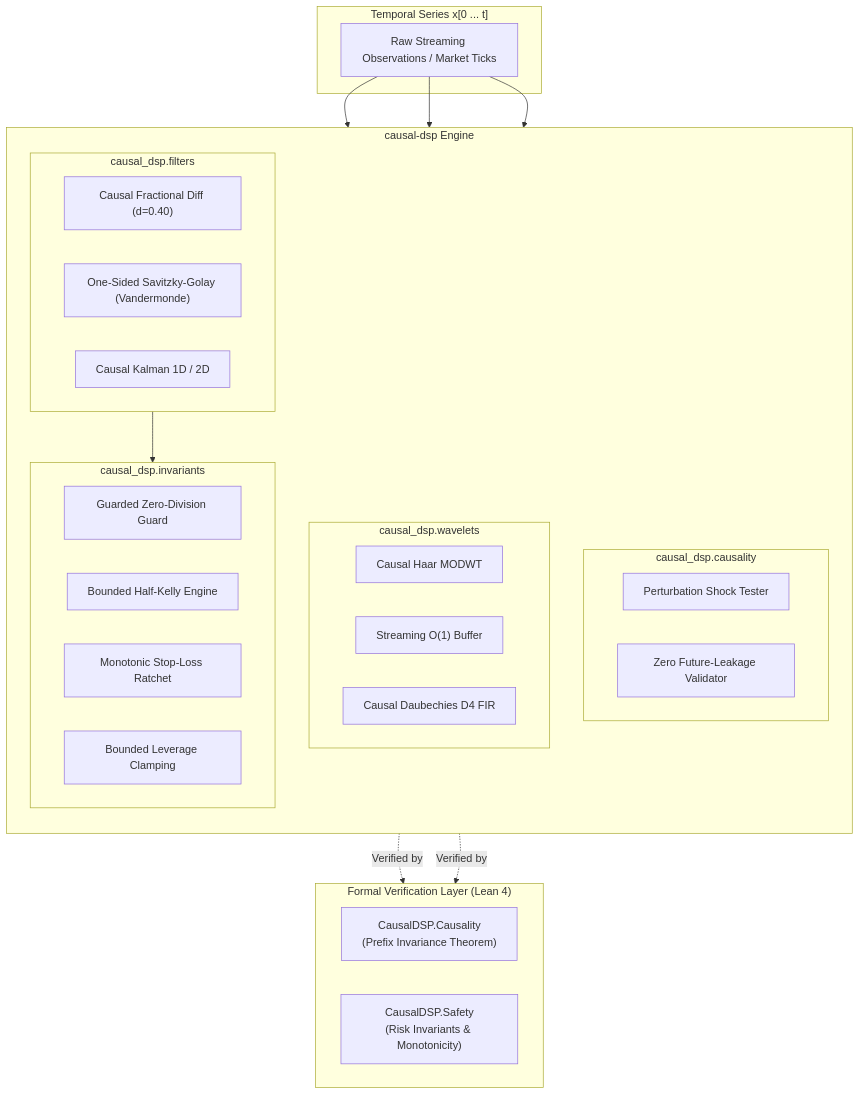
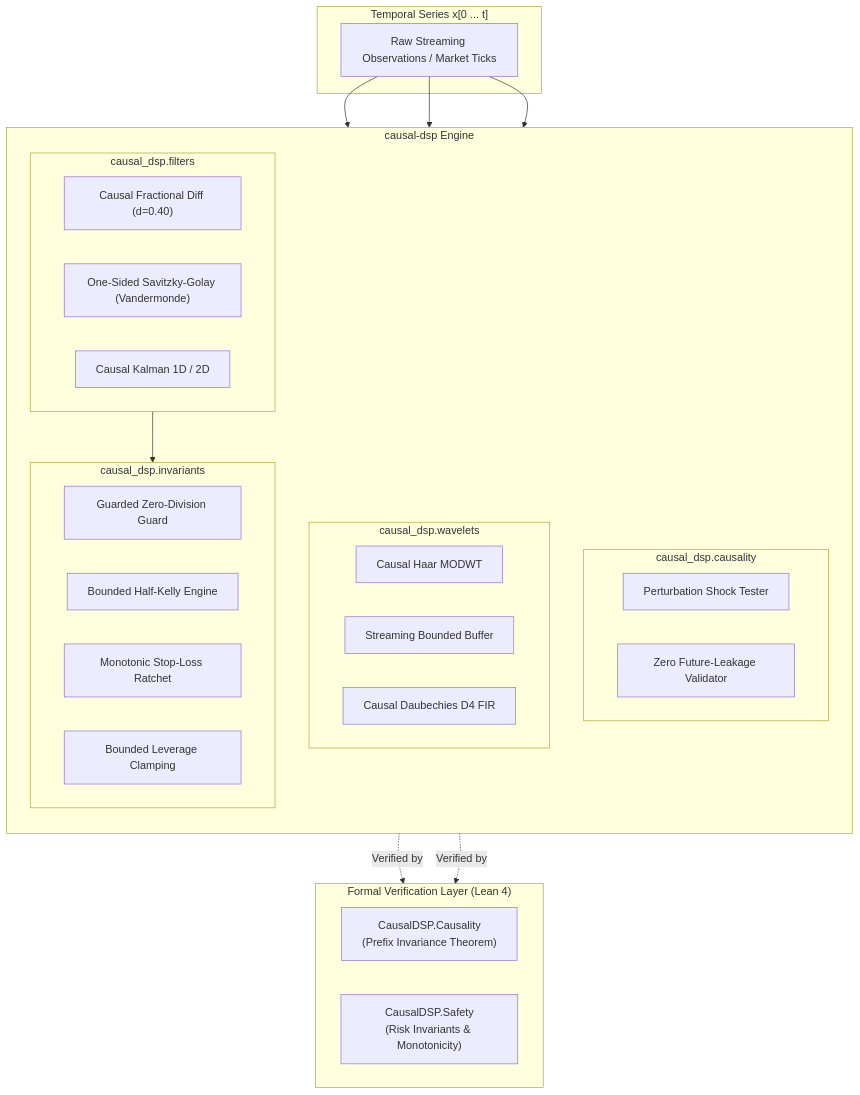
The diagram in README.md (abubakar293/causal-dsp), drawn with Mermaid before and after one commit. The commit also changed other lines of this file and 10 other files, not shown here.

````diff
--- a/README.md
+++ b/README.md
@@ -60,43 +60,43 @@
 ```mermaid
 flowchart TD
     subgraph Input ["Temporal Series x[0 ... t]"]
         RawStream["Raw Streaming Observations / Market Ticks"]
     end
 
     subgraph CausalDSP ["causal-dsp Engine"]
         direction TB
         subgraph ModCausality ["causal_dsp.causality"]
             PShock["Perturbation Shock Tester"]
             FutLeak["Zero Future-Leakage Validator"]
         end
         subgraph ModWavelets ["causal_dsp.wavelets"]
             HaarMODWT["Causal Haar MODWT"]
-            HaarBuf["Streaming O(1) Buffer"]
+            HaarBuf["Streaming Bounded Buffer"]
             D4["Causal Daubechies D4 FIR"]
         end
         subgraph ModFilters ["causal_dsp.filters"]
             FracDiff["Causal Fractional Diff (d=0.40)"]
             OneSideSG["One-Sided Savitzky-Golay (Vandermonde)"]
             KalmanState["Causal Kalman 1D / 2D"]
         end
         subgraph ModInvariants ["causal_dsp.invariants"]
             GuardedDiv["Guarded Zero-Division Guard"]
             KellyCap["Bounded Half-Kelly Engine"]
             MonoRatchet["Monotonic Stop-Loss Ratchet"]
             LevClamp["Bounded Leverage Clamping"]
         end
     end
 
     subgraph FormalProofs ["Formal Verification Layer (Lean 4)"]
         direction LR
         LeanCausality["CausalDSP.Causality\n(Prefix Invariance Theorem)"]
         LeanSafety["CausalDSP.Safety\n(Risk Invariants & Monotonicity)"]
     end
 
     RawStream --> ModCausality
     RawStream --> ModWavelets
     RawStream --> ModFilters
     ModFilters --> ModInvariants
     ModCausality -. Verified by .-> LeanCausality
     ModInvariants -. Verified by .-> LeanSafety
 ```
````
